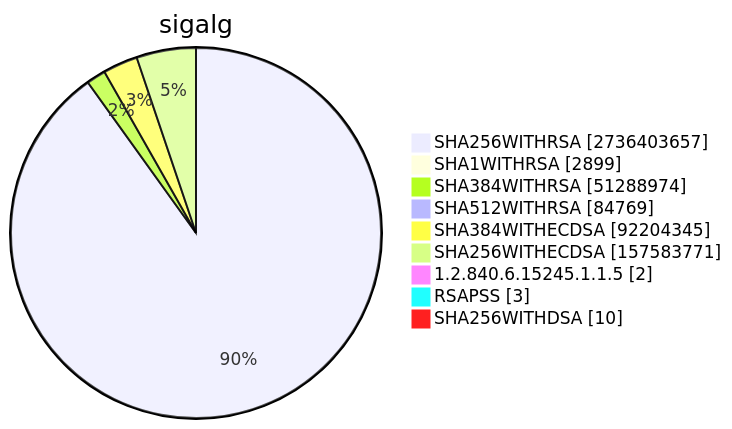
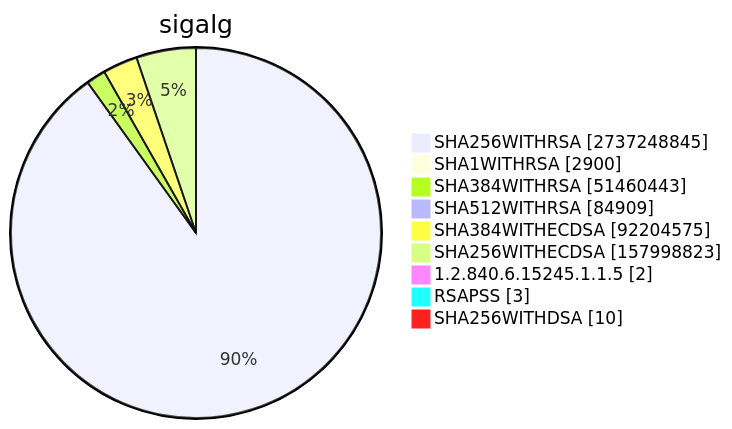
One commit to christiankrug/ctmonitor_visualization changed diagram 15 of 15 in TOTAL/README.md. Above: the diagram before and after it, drawn with Mermaid. The commit also changed other lines of this file, not shown here.

````diff
--- a/TOTAL/README.md
+++ b/TOTAL/README.md
@@ -6199,13 +6199,13 @@
 ```mermaid
 pie showData
 title sigalg
-"SHA256WITHRSA" :2736403657
-"SHA1WITHRSA" :2899
-"SHA384WITHRSA" :51288974
-"SHA512WITHRSA" :84769
-"SHA384WITHECDSA" :92204345
-"SHA256WITHECDSA" :157583771
+"SHA256WITHRSA" :2737248845
+"SHA1WITHRSA" :2900
+"SHA384WITHRSA" :51460443
+"SHA512WITHRSA" :84909
+"SHA384WITHECDSA" :92204575
+"SHA256WITHECDSA" :157998823
 "1.2.840.6.15245.1.1.5" :2
 "RSAPSS" :3
 "SHA256WITHDSA" :10
 ```
````
